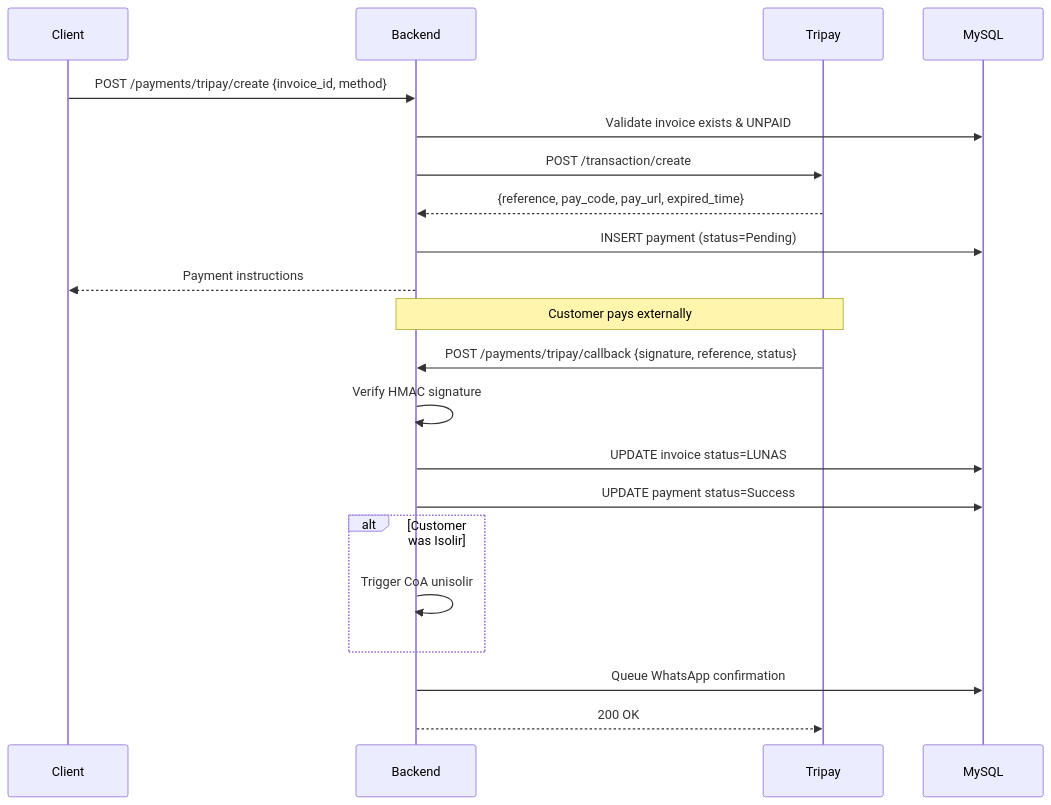
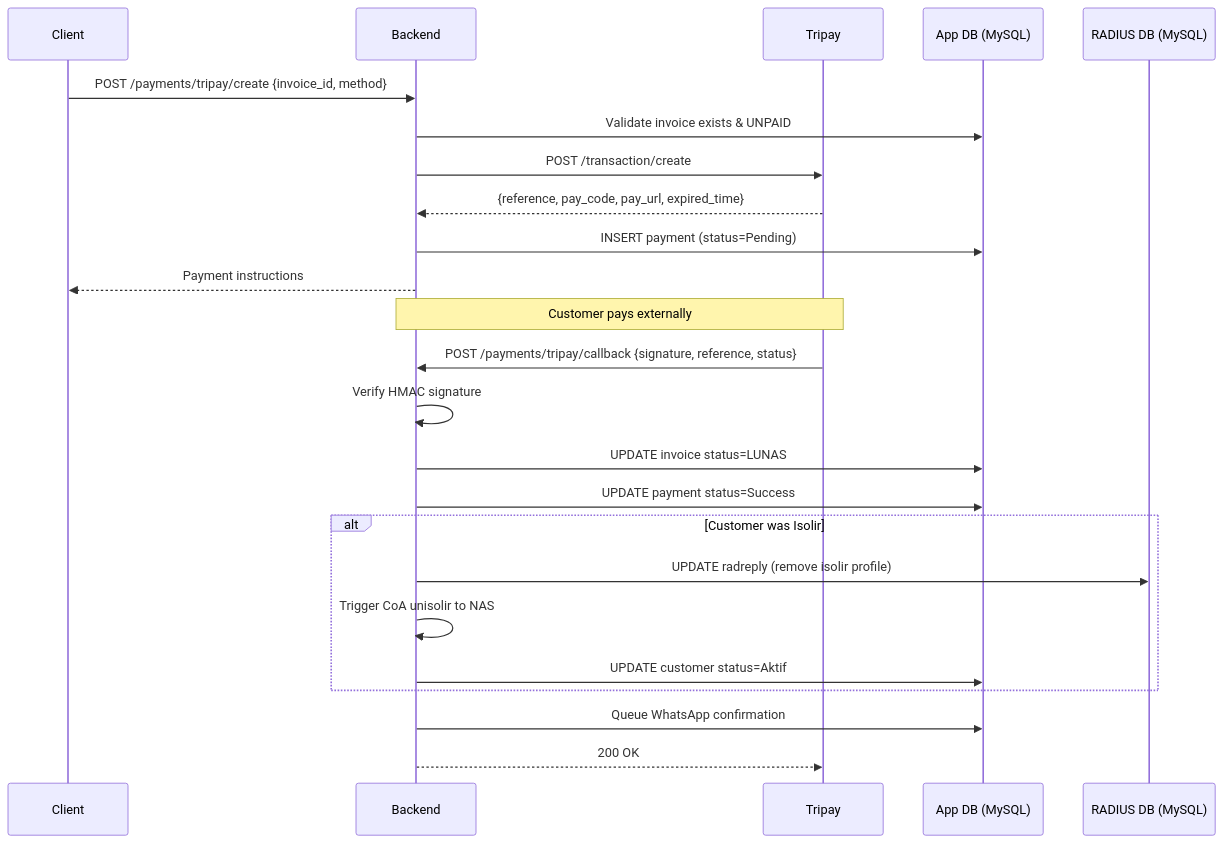
The fifth of 9 diagrams in .kiro/specs/uwais-isp-backend/design.md (ariemus-smk/uwaisSuperApps), drawn with Mermaid before and after one commit. The commit also changed other lines of this file and 22 other files, not shown here.

````diff
--- a/.kiro/specs/uwais-isp-backend/design.md
+++ b/.kiro/specs/uwais-isp-backend/design.md
@@ -977,27 +1037,30 @@
 ```mermaid
 sequenceDiagram
     participant Client
     participant Backend
     participant Tripay
-    participant DB as MySQL
+    participant AppDB as App DB (MySQL)
+    participant RadDB as RADIUS DB (MySQL)
 
     Client->>Backend: POST /payments/tripay/create {invoice_id, method}
-    Backend->>DB: Validate invoice exists & UNPAID
+    Backend->>AppDB: Validate invoice exists & UNPAID
     Backend->>Tripay: POST /transaction/create
     Tripay-->>Backend: {reference, pay_code, pay_url, expired_time}
-    Backend->>DB: INSERT payment (status=Pending)
+    Backend->>AppDB: INSERT payment (status=Pending)
     Backend-->>Client: Payment instructions
 
     Note over Tripay,Backend: Customer pays externally
     Tripay->>Backend: POST /payments/tripay/callback {signature, reference, status}
     Backend->>Backend: Verify HMAC signature
-    Backend->>DB: UPDATE invoice status=LUNAS
-    Backend->>DB: UPDATE payment status=Success
+    Backend->>AppDB: UPDATE invoice status=LUNAS
+    Backend->>AppDB: UPDATE payment status=Success
     
     alt Customer was Isolir
-        Backend->>Backend: Trigger CoA unisolir
+        Backend->>RadDB: UPDATE radreply (remove isolir profile)
+        Backend->>Backend: Trigger CoA unisolir to NAS
+        Backend->>AppDB: UPDATE customer status=Aktif
     end
     
-    Backend->>DB: Queue WhatsApp confirmation
+    Backend->>AppDB: Queue WhatsApp confirmation
     Backend-->>Tripay: 200 OK
 ```
````
